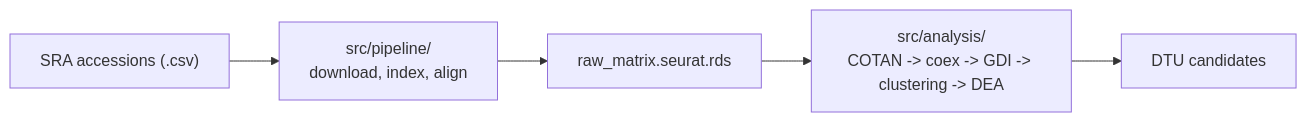
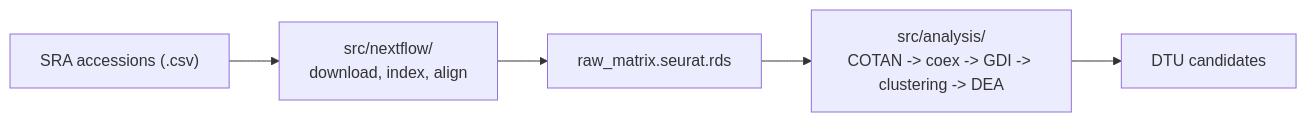
One commit to ldelitala/sc-isoform-cotan changed the diagram in README.md. Above: the diagram before and after it, drawn with Mermaid. The commit also changed other lines of this file and 23 other files, not shown here.

Commit message:
rename src/pipeline -> src/nextflow, update path refs

````diff
--- a/README.md
+++ b/README.md
@@ -40,7 +40,7 @@
 ```mermaid
 graph LR
-  A["SRA accessions (.csv)"] --> B["src/pipeline/<br/>download, index, align"]
+  A["SRA accessions (.csv)"] --> B["src/nextflow/<br/>download, index, align"]
   B --> C["raw_matrix.seurat.rds"]
   C --> D["src/analysis/<br/>COTAN -> coex -> GDI -> clustering -> DEA"]
   D --> E["DTU candidates"]
 ```
````
